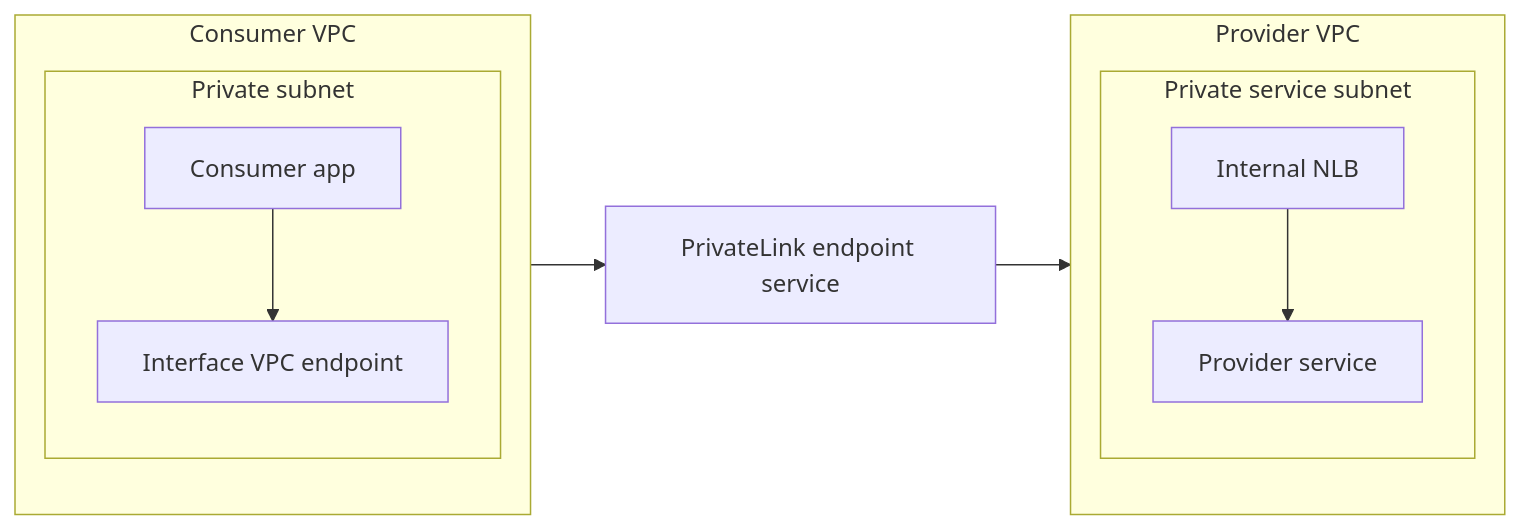
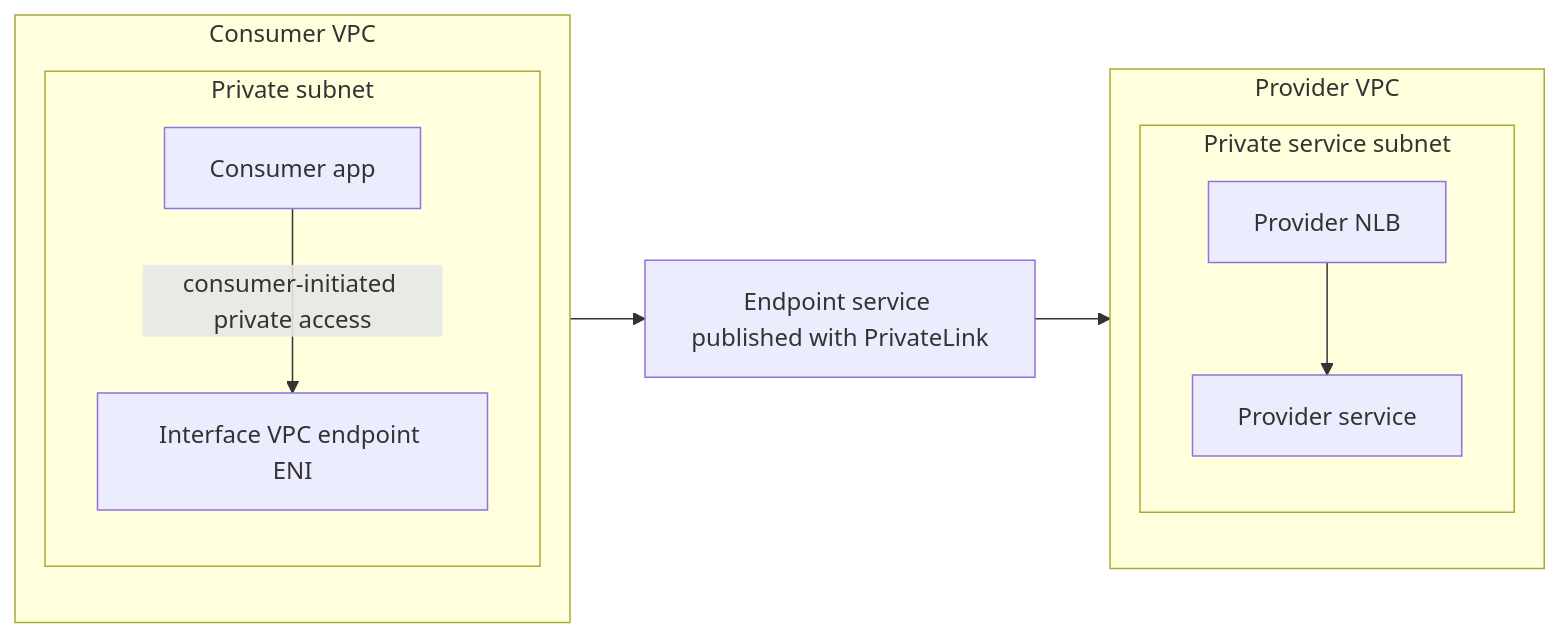
One commit to rooneyviet/aws-learning-obsidian changed the diagram in 05 - Networking, DNS, and Edge/AWS PrivateLink.md. Above: the diagram before and after it, drawn with Mermaid. The commit also changed 16 other files, not shown here.

Commit message:
update diagrams

````diff
--- a/05 - Networking, DNS, and Edge/AWS PrivateLink.md
+++ b/05 - Networking, DNS, and Edge/AWS PrivateLink.md
@@ -22,22 +22,22 @@
 ```mermaid
 flowchart LR
     subgraph ConsumerVPC["Consumer VPC"]
         direction TB
         subgraph ConsumerPrivate["Private subnet"]
             ConsumerApp[Consumer app]
-            VPCE[Interface VPC endpoint]
+            VPCE[Interface VPC endpoint ENI]
         end
     end
 
-    PL[PrivateLink endpoint service]
+    PL[Endpoint service published with PrivateLink]
 
     subgraph ProviderVPC["Provider VPC"]
         direction TB
         subgraph ProviderPrivate["Private service subnet"]
-            NLB[Internal NLB]
+            NLB[Provider NLB]
             ServiceApp[Provider service]
         end
     end
 
-    ConsumerApp --> VPCE --> PL --> NLB --> ServiceApp
+    ConsumerApp -->|consumer-initiated private access| VPCE --> PL --> NLB --> ServiceApp
 ```
````
